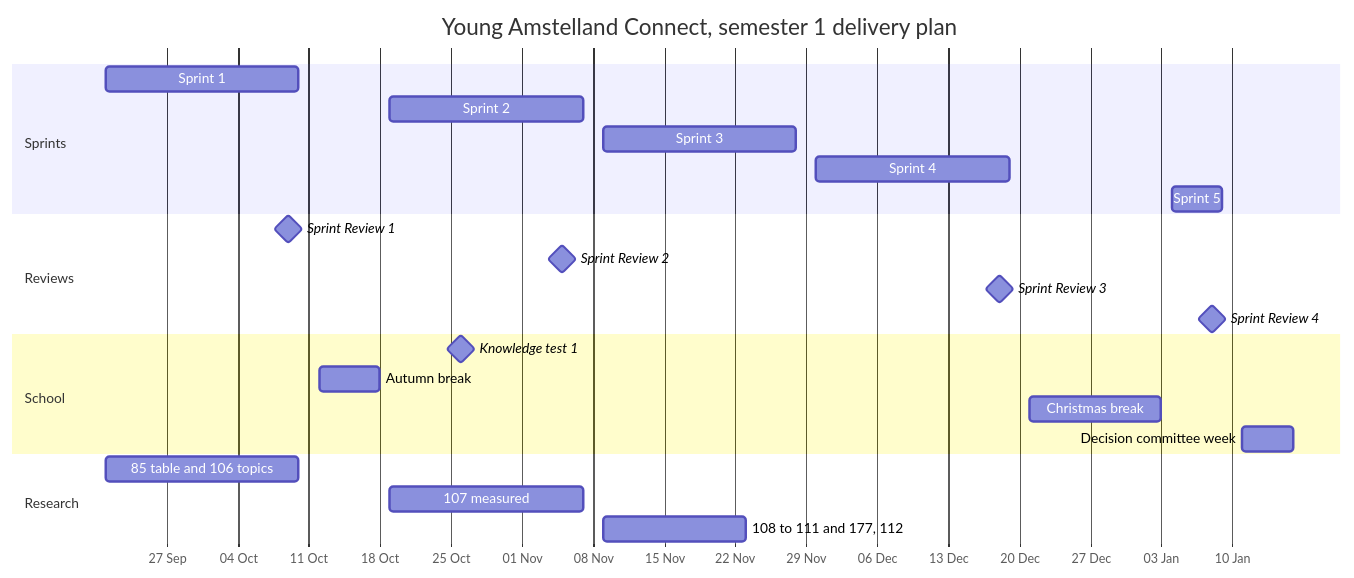
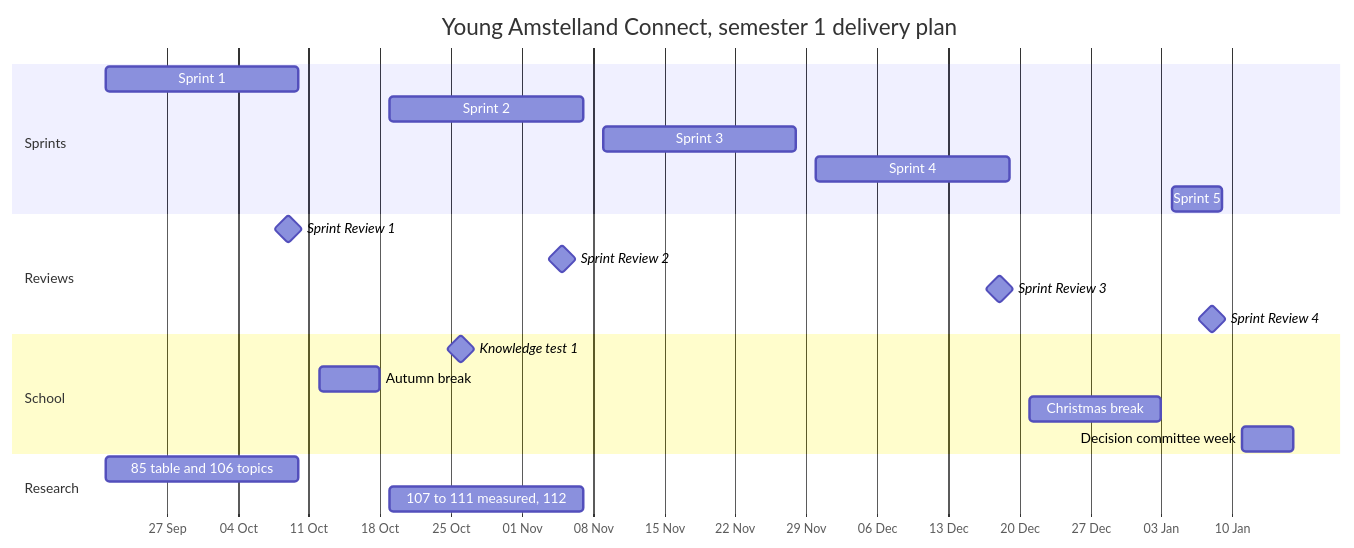
One commit to guruITA/connect-nine changed the diagram in docs/project/deliveryPlan.md. Above: the diagram before and after it, drawn with Mermaid. The commit also changed other lines of this file and 3 other files, not shown here.

````diff
--- a/docs/project/deliveryPlan.md
+++ b/docs/project/deliveryPlan.md
@@ -307,30 +302,29 @@
 ```mermaid
 gantt
     title Young Amstelland Connect, semester 1 delivery plan
     dateFormat YYYY-MM-DD
     axisFormat %d %b
 
     section Sprints
     Sprint 1                       :s1, 2026-09-21, 2026-10-10
     Sprint 2                       :s2, 2026-10-19, 2026-11-07
     Sprint 3                       :s3, 2026-11-09, 2026-11-28
     Sprint 4                       :s4, 2026-11-30, 2026-12-19
     Sprint 5                       :s5, 2027-01-04, 2027-01-09
 
     section Reviews
     Sprint Review 1                :milestone, sr1, 2026-10-09, 0d
     Sprint Review 2                :milestone, sr2, 2026-11-05, 0d
     Sprint Review 3                :milestone, sr3, 2026-12-18, 0d
     Sprint Review 4                :milestone, sr4, 2027-01-08, 0d
 
     section School
     Knowledge test 1               :milestone, kt1, 2026-10-26, 0d
     Autumn break                   :ab, 2026-10-12, 2026-10-18
     Christmas break                :cb, 2026-12-21, 2027-01-03
     Decision committee week        :dc, 2027-01-11, 2027-01-16
 
     section Research
     85 table and 106 topics     :r1, 2026-09-21, 2026-10-10
-    107 measured                   :r2, 2026-10-19, 2026-11-07
-    108 to 111 and 177, 112        :r3, 2026-11-09, 2026-11-23
+    107 to 111 measured, 112       :r2, 2026-10-19, 2026-11-07
 ```
````
